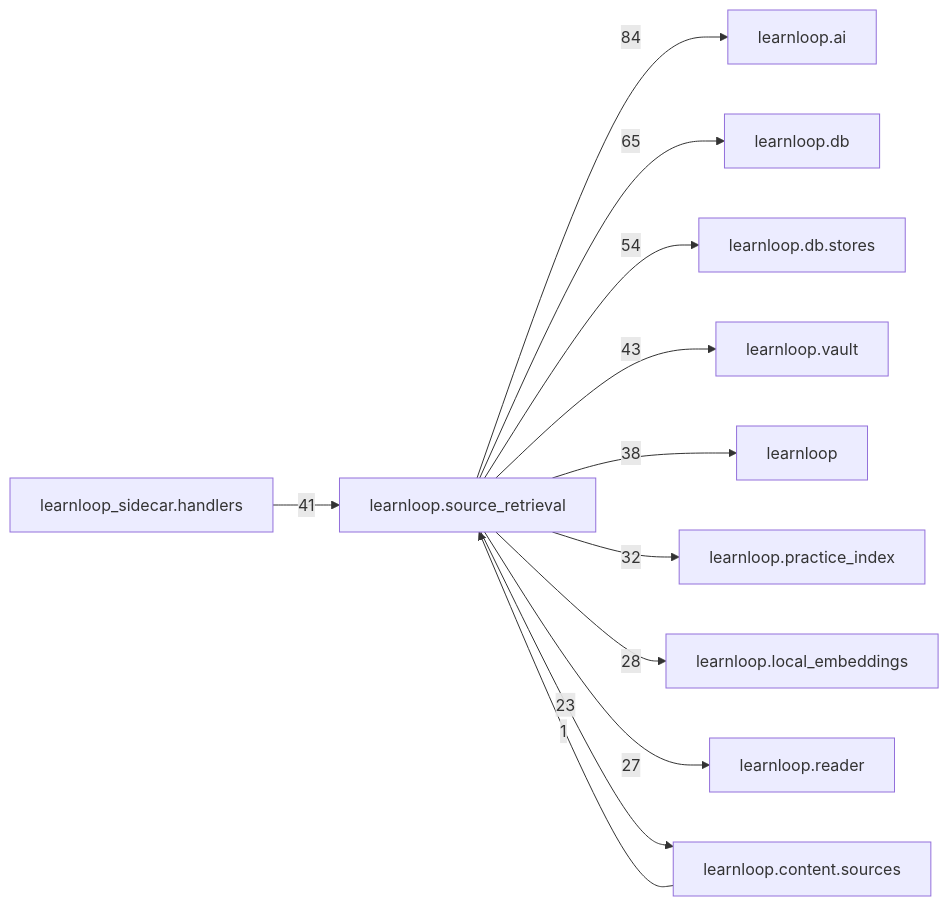
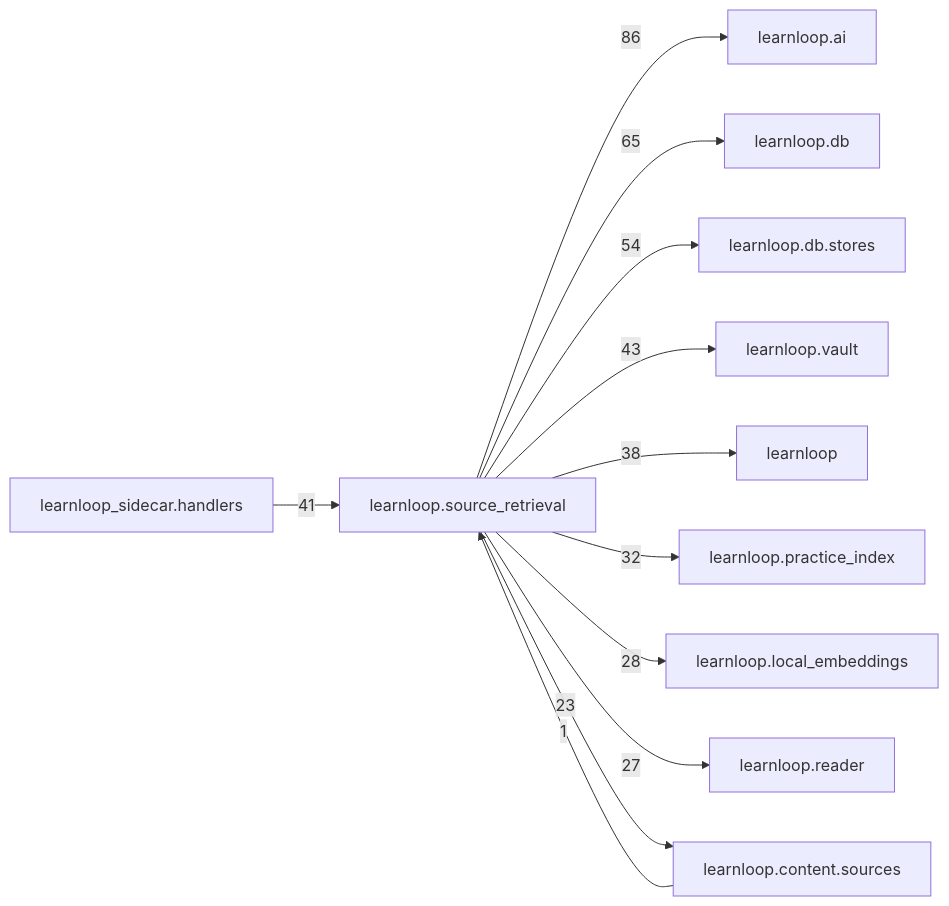
One commit to 6up-b/learnanything changed the diagram in docs/learnloop-architecture-vault/Reference/Modules/learnloop/source_retrieval/_package.md. Above: the diagram before and after it, drawn with Mermaid. The commit also changed other lines of this file and 85 other files, not shown here.

````diff
--- a/docs/learnloop-architecture-vault/Reference/Modules/learnloop/source_retrieval/_package.md
+++ b/docs/learnloop-architecture-vault/Reference/Modules/learnloop/source_retrieval/_package.md
@@ -183,25 +183,25 @@
 ```mermaid
 flowchart LR
     center["learnloop.source_retrieval"]
     n_learnloop_ai["learnloop.ai"]
     n_learnloop_db["learnloop.db"]
     n_learnloop_db_stores["learnloop.db.stores"]
     n_learnloop_vault["learnloop.vault"]
     n_learnloop_sidecar_handlers["learnloop_sidecar.handlers"]
     n_learnloop["learnloop"]
     n_learnloop_practice_index["learnloop.practice_index"]
     n_learnloop_local_embeddings["learnloop.local_embeddings"]
     n_learnloop_reader["learnloop.reader"]
     n_learnloop_content_sources["learnloop.content.sources"]
-    center -->|84| n_learnloop_ai
+    center -->|86| n_learnloop_ai
     center -->|65| n_learnloop_db
     center -->|54| n_learnloop_db_stores
     center -->|43| n_learnloop_vault
     n_learnloop_sidecar_handlers -->|41| center
     center -->|38| n_learnloop
     center -->|32| n_learnloop_practice_index
     center -->|28| n_learnloop_local_embeddings
     center -->|27| n_learnloop_reader
     n_learnloop_content_sources -->|1| center
     center -->|23| n_learnloop_content_sources
 ```
````
